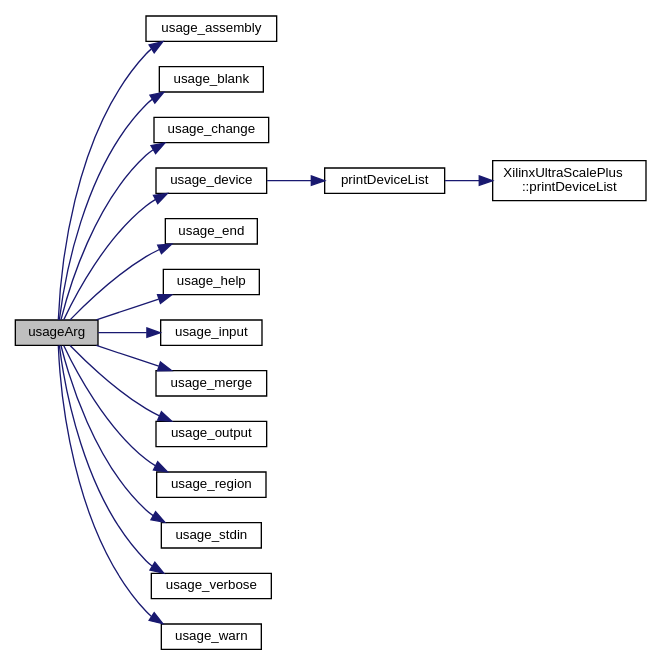
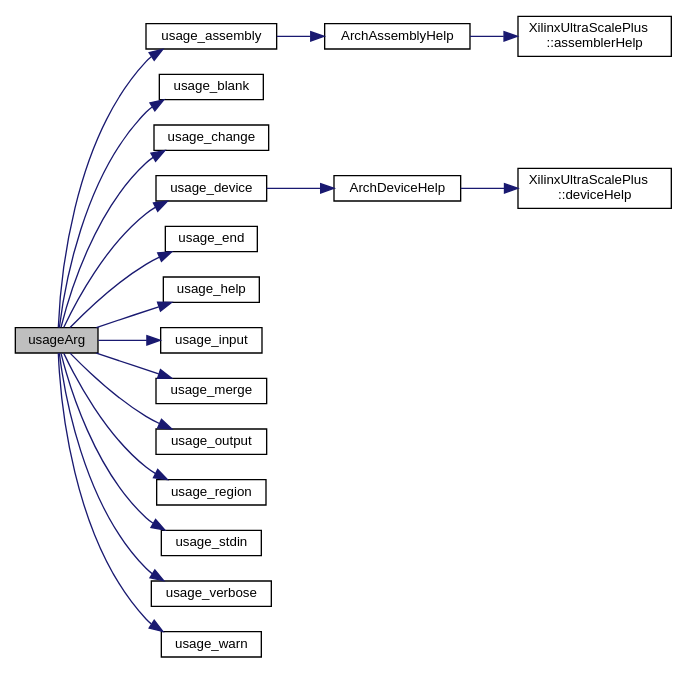
One commit to FPGA-Research-Manchester/byteman changed the diagram in help_8cpp_ae0259929823a681afb82bc7391b0f69b_cgraph.dot. Above: the diagram before and after it, drawn with Graphviz. The commit also changed 566 other files, not shown here.

```diff
--- a/help_8cpp_ae0259929823a681afb82bc7391b0f69b_cgraph.dot
+++ b/help_8cpp_ae0259929823a681afb82bc7391b0f69b_cgraph.dot
@@ -1,39 +1,43 @@
 digraph "usageArg"
 {
  // INTERACTIVE_SVG=YES
  // LATEX_PDF_SIZE
   edge [fontname="Helvetica",fontsize="10",labelfontname="Helvetica",labelfontsize="10"];
   node [fontname="Helvetica",fontsize="10",shape=record];
   rankdir="LR";
   Node1 [label="usageArg",height=0.2,width=0.4,color="black", fillcolor="grey75", style="filled", fontcolor="black",tooltip=" "];
   Node1 -> Node2 [color="midnightblue",fontsize="10",style="solid",fontname="Helvetica"];
   Node2 [label="usage_assembly",height=0.2,width=0.4,color="black", fillcolor="white", style="filled",URL="$help_8cpp.html#aede32834476091f4eb0ae6749f41eacf",tooltip=" "];
-  Node1 -> Node3 [color="midnightblue",fontsize="10",style="solid",fontname="Helvetica"];
-  Node3 [label="usage_blank",height=0.2,width=0.4,color="black", fillcolor="white", style="filled",URL="$help_8cpp.html#accc90fd0feeb842781a3e5f91b2d2146",tooltip=" "];
-  Node1 -> Node4 [color="midnightblue",fontsize="10",style="solid",fontname="Helvetica"];
-  Node4 [label="usage_change",height=0.2,width=0.4,color="black", fillcolor="white", style="filled",URL="$help_8cpp.html#a5c779e76e21b34d6bb3b884ac1ef9083",tooltip=" "];
+  Node2 -> Node3 [color="midnightblue",fontsize="10",style="solid",fontname="Helvetica"];
+  Node3 [label="ArchAssemblyHelp",height=0.2,width=0.4,color="black", fillcolor="white", style="filled",URL="$byteman_8cpp.html#a738947aa9d79698f8128fb7cafa487d2",tooltip=" "];
+  Node3 -> Node4 [color="midnightblue",fontsize="10",style="solid",fontname="Helvetica"];
+  Node4 [label="XilinxUltraScalePlus\l::assemblerHelp",height=0.2,width=0.4,color="black", fillcolor="white", style="filled",URL="$classXilinxUltraScalePlus.html#aff73edd581c9694ceb1db5b7eb6ff715",tooltip=" "];
   Node1 -> Node5 [color="midnightblue",fontsize="10",style="solid",fontname="Helvetica"];
-  Node5 [label="usage_device",height=0.2,width=0.4,color="black", fillcolor="white", style="filled",URL="$help_8cpp.html#a28714bd0b194f699df903e7bd994a768",tooltip=" "];
-  Node5 -> Node6 [color="midnightblue",fontsize="10",style="solid",fontname="Helvetica"];
-  Node6 [label="printDeviceList",height=0.2,width=0.4,color="black", fillcolor="white", style="filled",URL="$byteman_8cpp.html#a23beb5409443799c43ba81c405375f4f",tooltip=" "];
-  Node6 -> Node7 [color="midnightblue",fontsize="10",style="solid",fontname="Helvetica"];
-  Node7 [label="XilinxUltraScalePlus\l::printDeviceList",height=0.2,width=0.4,color="black", fillcolor="white", style="filled",URL="$classXilinxUltraScalePlus.html#ad7b956985959fc268e85fd2c528d81a5",tooltip=" "];
-  Node1 -> Node8 [color="midnightblue",fontsize="10",style="solid",fontname="Helvetica"];
-  Node8 [label="usage_end",height=0.2,width=0.4,color="black", fillcolor="white", style="filled",URL="$help_8cpp.html#a89a232fcf363da02884b15625ea242b1",tooltip=" "];
-  Node1 -> Node9 [color="midnightblue",fontsize="10",style="solid",fontname="Helvetica"];
-  Node9 [label="usage_help",height=0.2,width=0.4,color="black", fillcolor="white", style="filled",URL="$help_8cpp.html#af1a5368922439cb186899b545fd1965e",tooltip=" "];
+  Node5 [label="usage_blank",height=0.2,width=0.4,color="black", fillcolor="white", style="filled",URL="$help_8cpp.html#accc90fd0feeb842781a3e5f91b2d2146",tooltip=" "];
+  Node1 -> Node6 [color="midnightblue",fontsize="10",style="solid",fontname="Helvetica"];
+  Node6 [label="usage_change",height=0.2,width=0.4,color="black", fillcolor="white", style="filled",URL="$help_8cpp.html#a5c779e76e21b34d6bb3b884ac1ef9083",tooltip=" "];
+  Node1 -> Node7 [color="midnightblue",fontsize="10",style="solid",fontname="Helvetica"];
+  Node7 [label="usage_device",height=0.2,width=0.4,color="black", fillcolor="white", style="filled",URL="$help_8cpp.html#a28714bd0b194f699df903e7bd994a768",tooltip=" "];
+  Node7 -> Node8 [color="midnightblue",fontsize="10",style="solid",fontname="Helvetica"];
+  Node8 [label="ArchDeviceHelp",height=0.2,width=0.4,color="black", fillcolor="white", style="filled",URL="$byteman_8cpp.html#a3ae97399f2ff99155de4dd7f9b7e9077",tooltip=" "];
+  Node8 -> Node9 [color="midnightblue",fontsize="10",style="solid",fontname="Helvetica"];
+  Node9 [label="XilinxUltraScalePlus\l::deviceHelp",height=0.2,width=0.4,color="black", fillcolor="white", style="filled",URL="$classXilinxUltraScalePlus.html#a564a6581d411cbd833267af724371c91",tooltip=" "];
   Node1 -> Node10 [color="midnightblue",fontsize="10",style="solid",fontname="Helvetica"];
-  Node10 [label="usage_input",height=0.2,width=0.4,color="black", fillcolor="white", style="filled",URL="$help_8cpp.html#a120f05cbb24b01b4bcae94229814418b",tooltip=" "];
+  Node10 [label="usage_end",height=0.2,width=0.4,color="black", fillcolor="white", style="filled",URL="$help_8cpp.html#a89a232fcf363da02884b15625ea242b1",tooltip=" "];
   Node1 -> Node11 [color="midnightblue",fontsize="10",style="solid",fontname="Helvetica"];
-  Node11 [label="usage_merge",height=0.2,width=0.4,color="black", fillcolor="white", style="filled",URL="$help_8cpp.html#a2aa5b9213acbbf68d4d14ed00ea4ee4c",tooltip=" "];
+  Node11 [label="usage_help",height=0.2,width=0.4,color="black", fillcolor="white", style="filled",URL="$help_8cpp.html#af1a5368922439cb186899b545fd1965e",tooltip=" "];
   Node1 -> Node12 [color="midnightblue",fontsize="10",style="solid",fontname="Helvetica"];
-  Node12 [label="usage_output",height=0.2,width=0.4,color="black", fillcolor="white", style="filled",URL="$help_8cpp.html#ac40cf37cc9ea9b9a8f099b4974724fad",tooltip=" "];
+  Node12 [label="usage_input",height=0.2,width=0.4,color="black", fillcolor="white", style="filled",URL="$help_8cpp.html#a120f05cbb24b01b4bcae94229814418b",tooltip=" "];
   Node1 -> Node13 [color="midnightblue",fontsize="10",style="solid",fontname="Helvetica"];
-  Node13 [label="usage_region",height=0.2,width=0.4,color="black", fillcolor="white", style="filled",URL="$help_8cpp.html#adf57083eb4a99d6885783b9bb106890e",tooltip=" "];
+  Node13 [label="usage_merge",height=0.2,width=0.4,color="black", fillcolor="white", style="filled",URL="$help_8cpp.html#a2aa5b9213acbbf68d4d14ed00ea4ee4c",tooltip=" "];
   Node1 -> Node14 [color="midnightblue",fontsize="10",style="solid",fontname="Helvetica"];
-  Node14 [label="usage_stdin",height=0.2,width=0.4,color="black", fillcolor="white", style="filled",URL="$help_8cpp.html#a49223a995301022ffb657717122d88de",tooltip=" "];
+  Node14 [label="usage_output",height=0.2,width=0.4,color="black", fillcolor="white", style="filled",URL="$help_8cpp.html#ac40cf37cc9ea9b9a8f099b4974724fad",tooltip=" "];
   Node1 -> Node15 [color="midnightblue",fontsize="10",style="solid",fontname="Helvetica"];
-  Node15 [label="usage_verbose",height=0.2,width=0.4,color="black", fillcolor="white", style="filled",URL="$help_8cpp.html#a46c7d0d124e51b373e20ad7fc73278d4",tooltip=" "];
+  Node15 [label="usage_region",height=0.2,width=0.4,color="black", fillcolor="white", style="filled",URL="$help_8cpp.html#adf57083eb4a99d6885783b9bb106890e",tooltip=" "];
   Node1 -> Node16 [color="midnightblue",fontsize="10",style="solid",fontname="Helvetica"];
-  Node16 [label="usage_warn",height=0.2,width=0.4,color="black", fillcolor="white", style="filled",URL="$help_8cpp.html#a33a04cbd434c5ebe2c0113f5acb2c089",tooltip=" "];
+  Node16 [label="usage_stdin",height=0.2,width=0.4,color="black", fillcolor="white", style="filled",URL="$help_8cpp.html#a49223a995301022ffb657717122d88de",tooltip=" "];
+  Node1 -> Node17 [color="midnightblue",fontsize="10",style="solid",fontname="Helvetica"];
+  Node17 [label="usage_verbose",height=0.2,width=0.4,color="black", fillcolor="white", style="filled",URL="$help_8cpp.html#a46c7d0d124e51b373e20ad7fc73278d4",tooltip=" "];
+  Node1 -> Node18 [color="midnightblue",fontsize="10",style="solid",fontname="Helvetica"];
+  Node18 [label="usage_warn",height=0.2,width=0.4,color="black", fillcolor="white", style="filled",URL="$help_8cpp.html#a33a04cbd434c5ebe2c0113f5acb2c089",tooltip=" "];
 }
```
